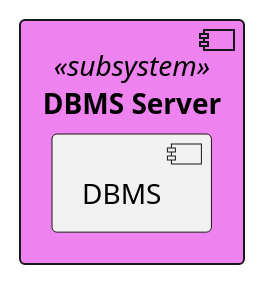
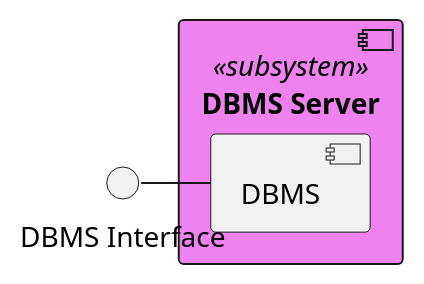
The diagram in _DD/Images/componentDiagrams/componentDiagramDBMSServer.wsd (Angelo7672/SE2_Requirement-and-Design-Document), drawn with PlantUML before and after one commit. The commit also changed 5 other files, not shown here.

Commit message:
Component Diagram section update

```diff
--- a/_DD/Images/componentDiagrams/componentDiagramDBMSServer.wsd
+++ b/_DD/Images/componentDiagrams/componentDiagramDBMSServer.wsd
@@ -1,7 +1,9 @@
 @startuml
 
 component "DBMS Server" <<subsystem>> #Violet{
     component DBMS
 }
+interface "DBMS Interface"
+[DBMS Interface] - [DBMS]
 
 @enduml
```
